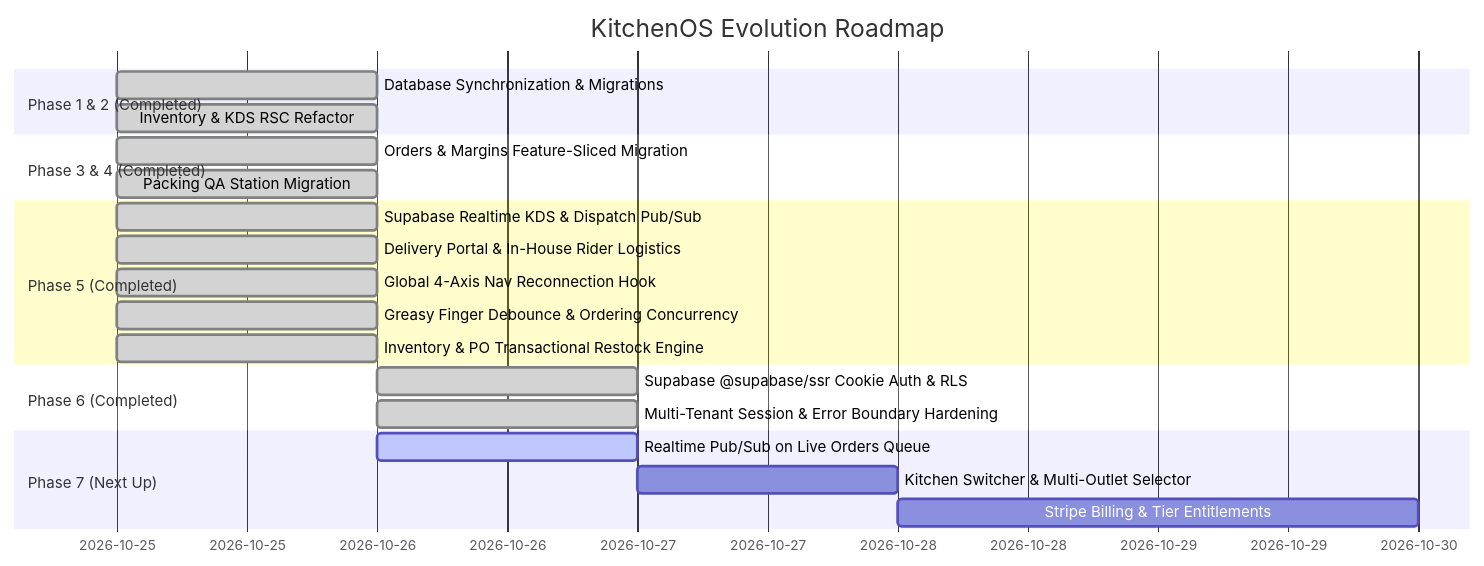
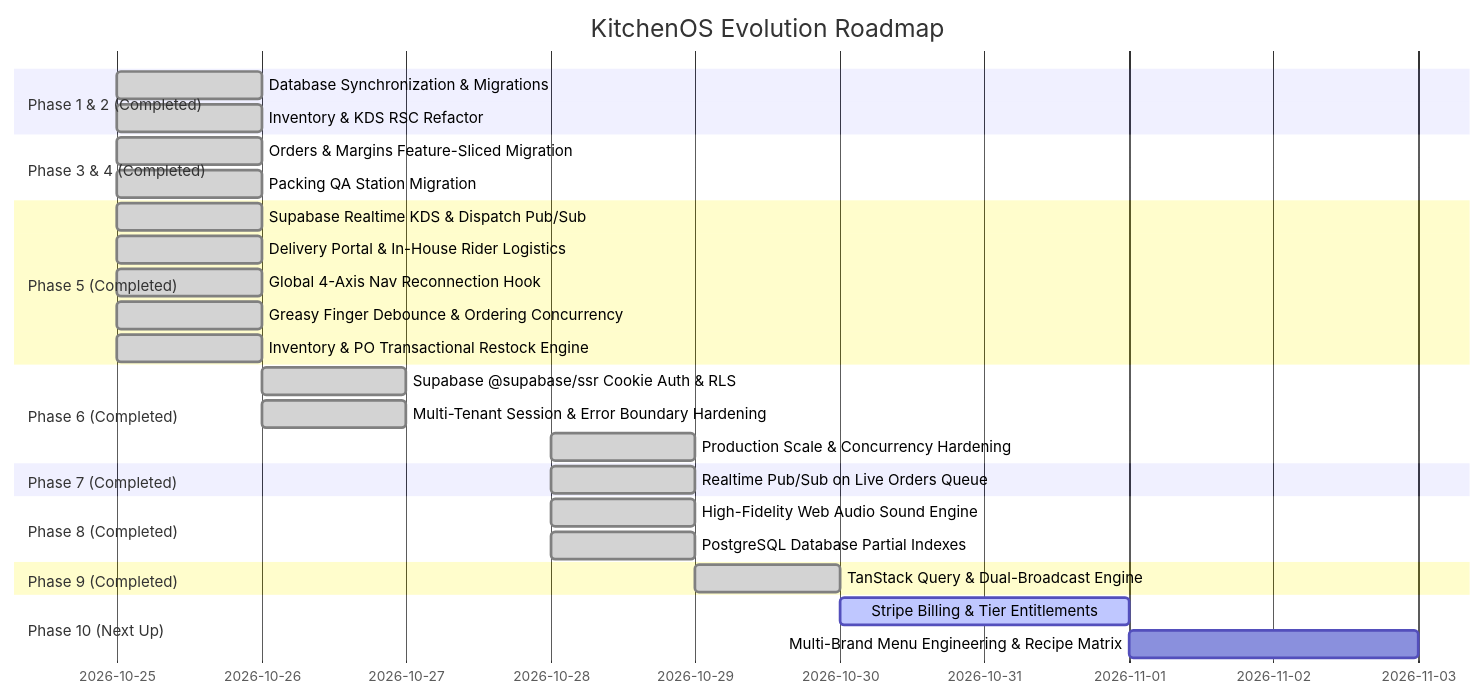
Before and after one commit to 555-Satyajit/Kitchflow: the second of 2 diagrams in docs/REFACTORING_PROGRESS_AND_ROADMAP.md, drawn with Mermaid. The commit also changed other lines of this file and 83 other files, not shown here.

Commit message:
fix(security): comprehensive audit hardening, multi-tenant isolation, AES-256-GCM PIN encryption, and documentation

````diff
--- a/docs/REFACTORING_PROGRESS_AND_ROADMAP.md
+++ b/docs/REFACTORING_PROGRESS_AND_ROADMAP.md
@@ -197,24 +219,31 @@
 ```mermaid
 gantt
     title KitchenOS Evolution Roadmap
     dateFormat  YYYY-MM-DD
     section Phase 1 & 2 (Completed)
     Database Synchronization & Migrations       :done,    des1, 2026-10-25, 1d
     Inventory & KDS RSC Refactor                :done,    des2, 2026-10-25, 1d
     section Phase 3 & 4 (Completed)
     Orders & Margins Feature-Sliced Migration   :done,    des3, 2026-10-25, 1d
     Packing QA Station Migration                :done,    des4, 2026-10-25, 1d
     section Phase 5 (Completed)
     Supabase Realtime KDS & Dispatch Pub/Sub    :done,    des6, 2026-10-25, 1d
     Delivery Portal & In-House Rider Logistics  :done,    des10, 2026-10-25, 1d
     Global 4-Axis Nav Reconnection Hook         :done,    des11, 2026-10-25, 1d
     Greasy Finger Debounce & Ordering Concurrency:done,   des8, 2026-10-25, 1d
     Inventory & PO Transactional Restock Engine :done,    des9, 2026-10-25, 1d
     section Phase 6 (Completed)
     Supabase @supabase/ssr Cookie Auth & RLS    :done,    des5, 2026-10-26, 1d
     Multi-Tenant Session & Error Boundary Hardening:done, des12, 2026-10-26, 1d
-    section Phase 7 (Next Up)
-    Realtime Pub/Sub on Live Orders Queue       :active,  des13, 2026-10-26, 1d
-    Kitchen Switcher & Multi-Outlet Selector    :         des14, after des13, 1d
-    Stripe Billing & Tier Entitlements          :         des7, after des14, 2d
+    Production Scale & Concurrency Hardening    :done,    des15, 2026-10-28, 1d
+    section Phase 7 (Completed)
+    Realtime Pub/Sub on Live Orders Queue       :done,    des13, 2026-10-28, 1d
+    section Phase 8 (Completed)
+    High-Fidelity Web Audio Sound Engine        :done,    des16, 2026-10-28, 1d
+    PostgreSQL Database Partial Indexes         :done,    des17, 2026-10-28, 1d
+    section Phase 9 (Completed)
+    TanStack Query & Dual-Broadcast Engine      :done,    des19, 2026-10-29, 1d
+    section Phase 10 (Next Up)
+    Stripe Billing & Tier Entitlements          :active,  des7, 2026-10-30, 2d
+    Multi-Brand Menu Engineering & Recipe Matrix:         des18, after des7, 2d
 ```
````
